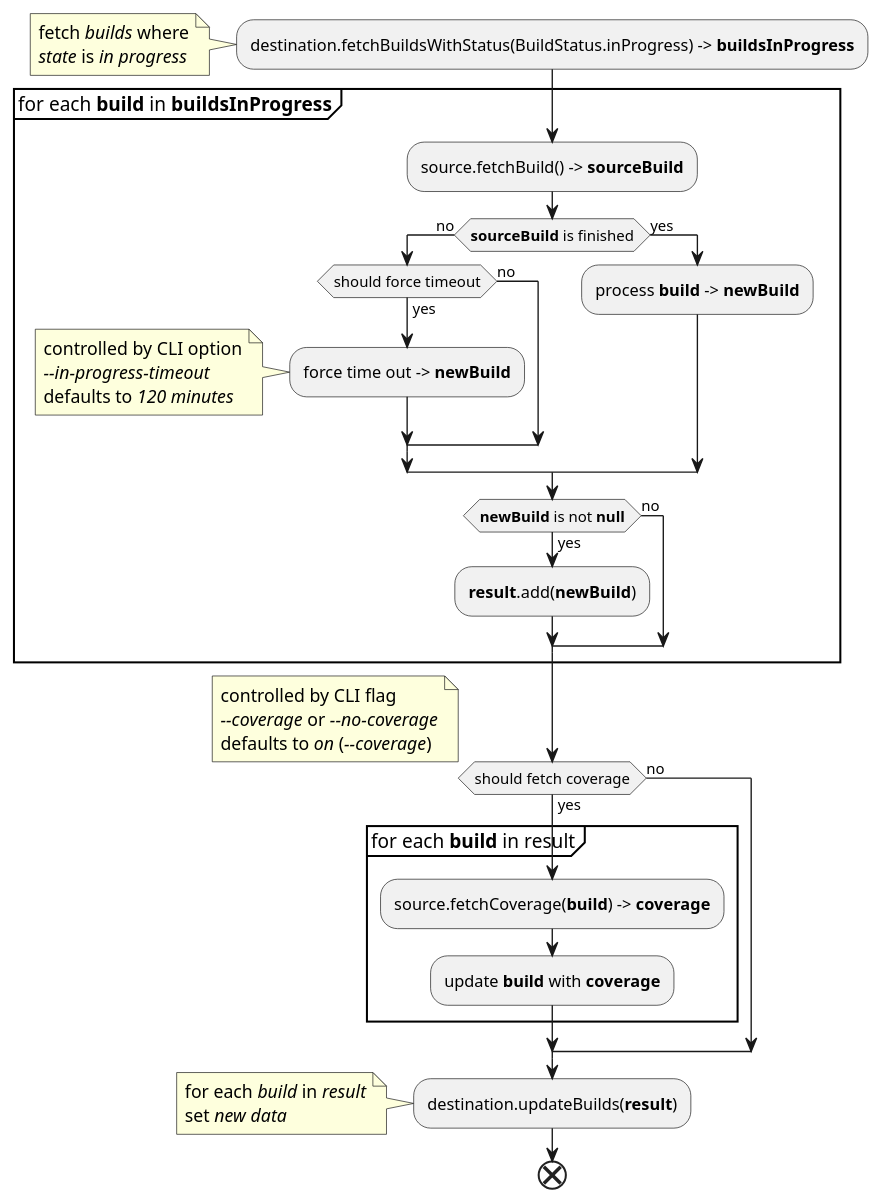
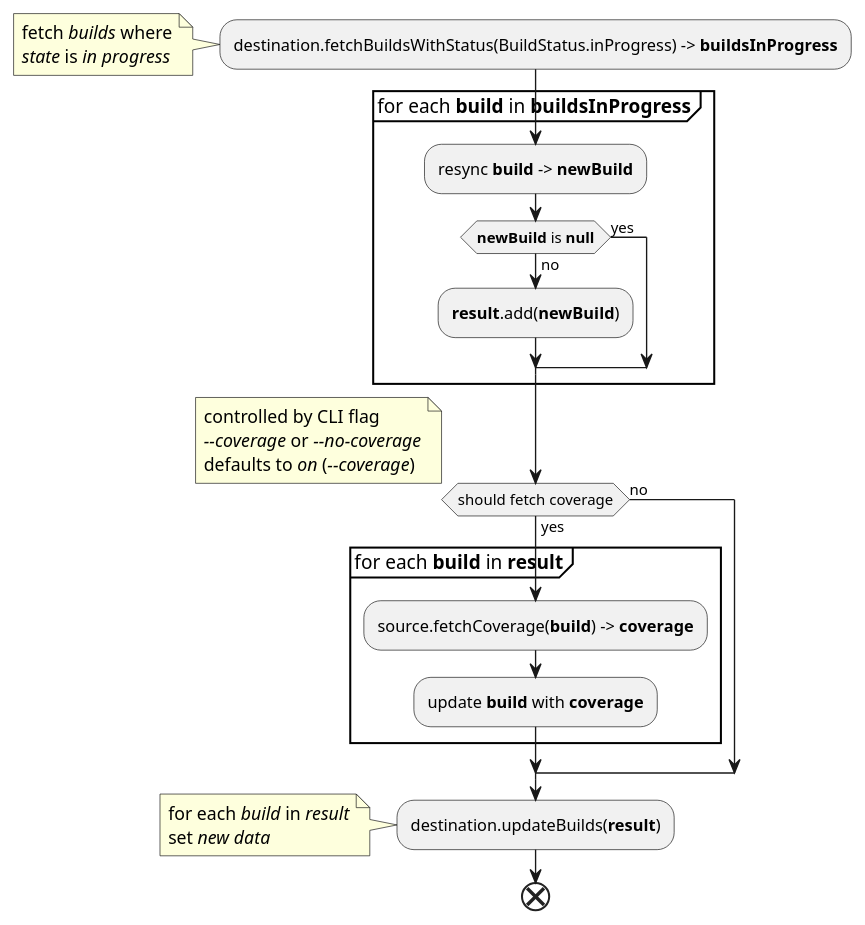
Before and after one commit to Flank/flank-dashboard: the diagram in metrics/ci_integrations/docs/diagrams/resync_builds_stage_activity_diagram.puml, drawn with PlantUML. The commit also changed 8 other files, not shown here.

Commit message:
simplify diagrams, add missing diagrams, improve descriptions

```diff
--- a/metrics/ci_integrations/docs/diagrams/resync_builds_stage_activity_diagram.puml
+++ b/metrics/ci_integrations/docs/diagrams/resync_builds_stage_activity_diagram.puml
@@ -1,55 +1,41 @@
 @startuml resync_builds_stage_activity_diagram
 'https://plantuml.com/activity-diagram-beta
+
 skinparam ConditionEndStyle hline
 
 :destination.fetchBuildsWithStatus(BuildStatus.inProgress) -> **buildsInProgress**;
 note left
     fetch //builds// where
     //state// is //in progress//
 end note
 
 partition "for each **build** in **buildsInProgress**" {
-    :source.fetchBuild() -> **sourceBuild**;
-
-    if (**sourceBuild** is finished) then (no)
-        if (should force timeout) then (yes)
-            :force time out -> **newBuild**;
-            note left
-                controlled by CLI option
-                //--in-progress-timeout//
-                defaults to //120 minutes//
-            end note
-        else (no)
-        endif
-    else (yes) 
-        :process **build** -> **newBuild**;
-    endif
-
-    if (**newBuild** is not **null**) then (yes)
+    :resync **build** -> **newBuild**;
+    if (**newBuild** is **null**) then (yes)
+    else (no)
         :**result**.add(**newBuild**);
-    else(no)
     endif
 }
 
 if (should fetch coverage) then (yes)
-    partition "for each **build** in result" {
+    partition "for each **build** in **result**" {
         :source.fetchCoverage(**build**) -> **coverage**;
         :update **build** with **coverage**;
     }
 else (no)
 endif
 note left
     controlled by CLI flag
     //--coverage// or //--no-coverage//
     defaults to //on// (//--coverage//)
 end note
 
 :destination.updateBuilds(**result**);
 note left
     for each //build// in //result//
     set //new data//
 end note
 
 end
 
 @enduml
```
